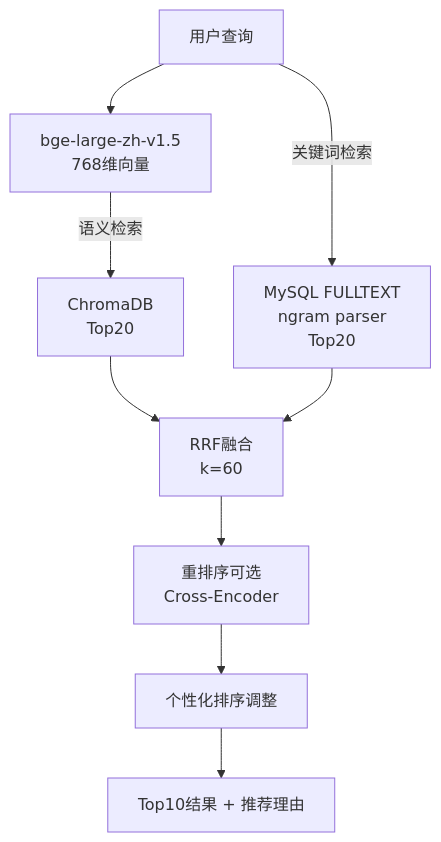
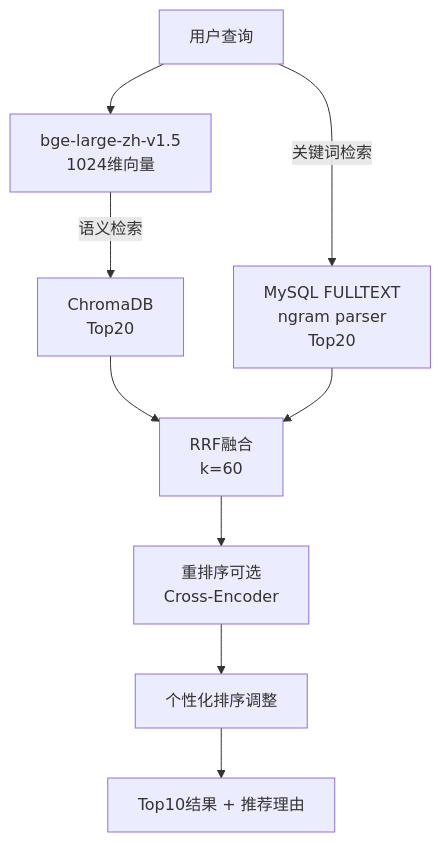
One commit to Fsu7/Veritas- changed the fifth of 5 diagrams in README.md. Above: the diagram before and after it, drawn with Mermaid. The commit also changed other lines of this file and 95 other files, not shown here.

````diff
--- a/README.md
+++ b/README.md
@@ -393,11 +393,11 @@
 ```mermaid
 graph TD
-    Q[用户查询] --> EMB[bge-large-zh-v1.5<br/>768维向量]
+    Q[用户查询] --> EMB[bge-large-zh-v1.5<br/>1024维向量]
     EMB -->|语义检索| CHROMA[ChromaDB<br/>Top20]
     Q -->|关键词检索| MYSQL[MySQL FULLTEXT<br/>ngram parser<br/>Top20]
     CHROMA --> RRF[RRF融合<br/>k=60]
     MYSQL --> RRF
     RRF --> RERANK[重排序可选<br/>Cross-Encoder]
     RERANK --> PERS[个性化排序调整]
     PERS --> TOP[Top10结果 + 推荐理由]
 ```
````
